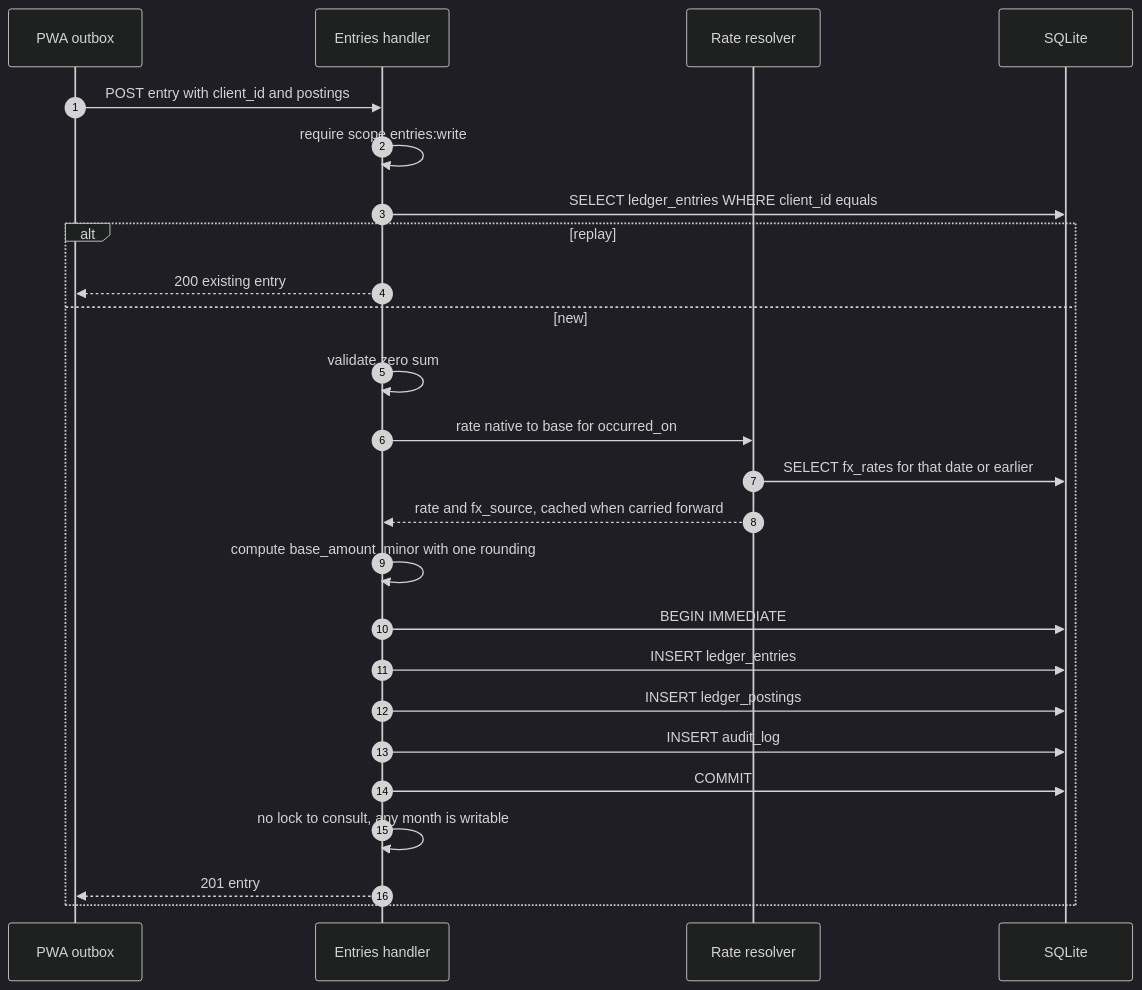
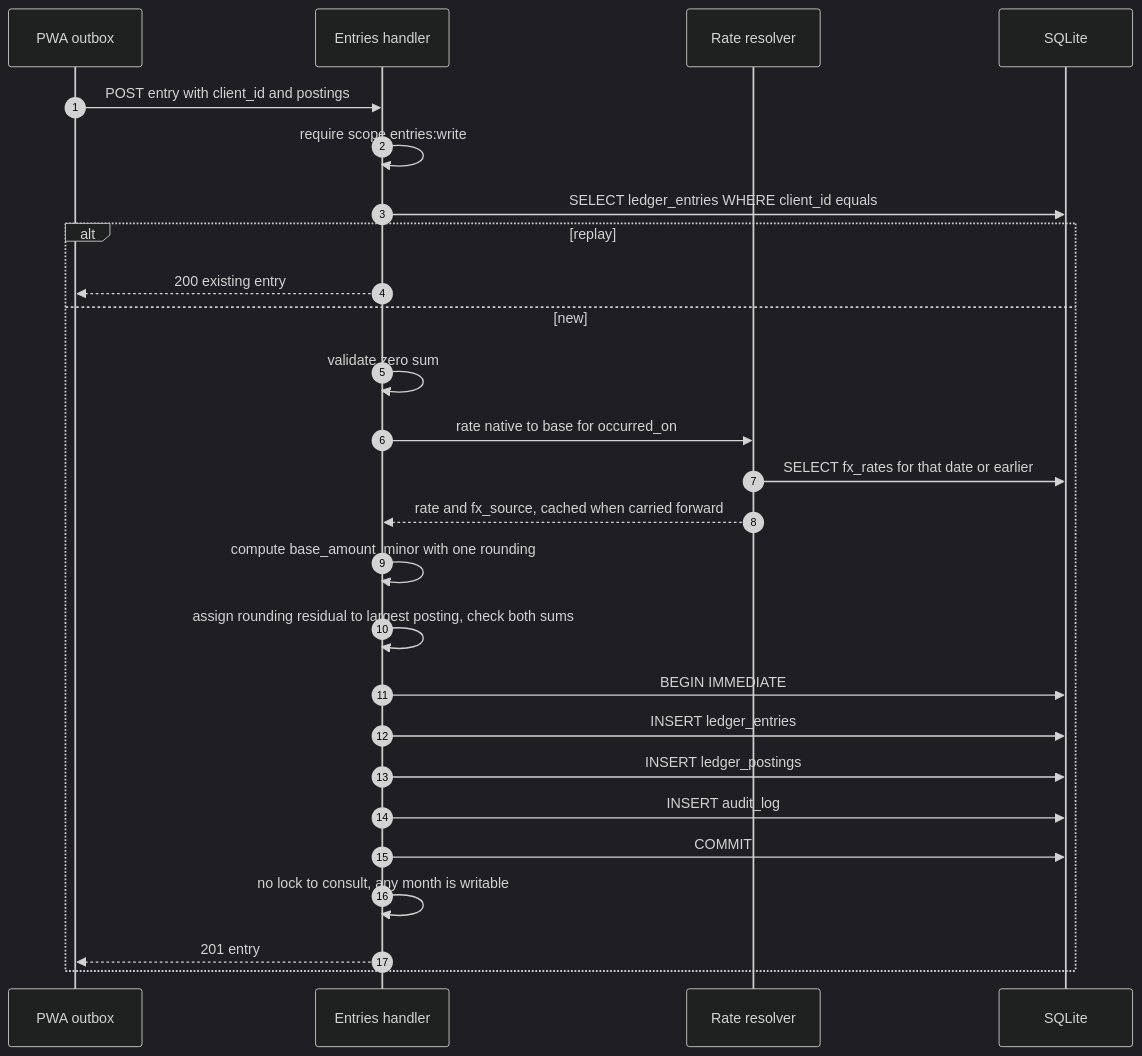
Before and after one commit to dimasbaguspm/spenicle: the ninth of 20 diagrams in docs/v2-api.md, drawn with Mermaid (dark theme). The commit also changed other lines of this file and 14 other files, not shown here.

````diff
--- a/docs/v2-api.md
+++ b/docs/v2-api.md
@@ -843,27 +843,28 @@
 ```mermaid
 sequenceDiagram
     autonumber
     participant PWA as PWA outbox
     participant API as Entries handler
     participant FX as Rate resolver
     participant DB as SQLite
     PWA->>API: POST entry with client_id and postings
     API->>API: require scope entries:write
     API->>DB: SELECT ledger_entries WHERE client_id equals
     alt replay
         API-->>PWA: 200 existing entry
     else new
         API->>API: validate zero sum
         API->>FX: rate native to base for occurred_on
         FX->>DB: SELECT fx_rates for that date or earlier
         FX-->>API: rate and fx_source, cached when carried forward
         API->>API: compute base_amount_minor with one rounding
+        API->>API: assign rounding residual to largest posting, check both sums
         API->>DB: BEGIN IMMEDIATE
         API->>DB: INSERT ledger_entries
         API->>DB: INSERT ledger_postings
         API->>DB: INSERT audit_log
         API->>DB: COMMIT
         API->>API: no lock to consult, any month is writable
         API-->>PWA: 201 entry
     end
 ```
````
